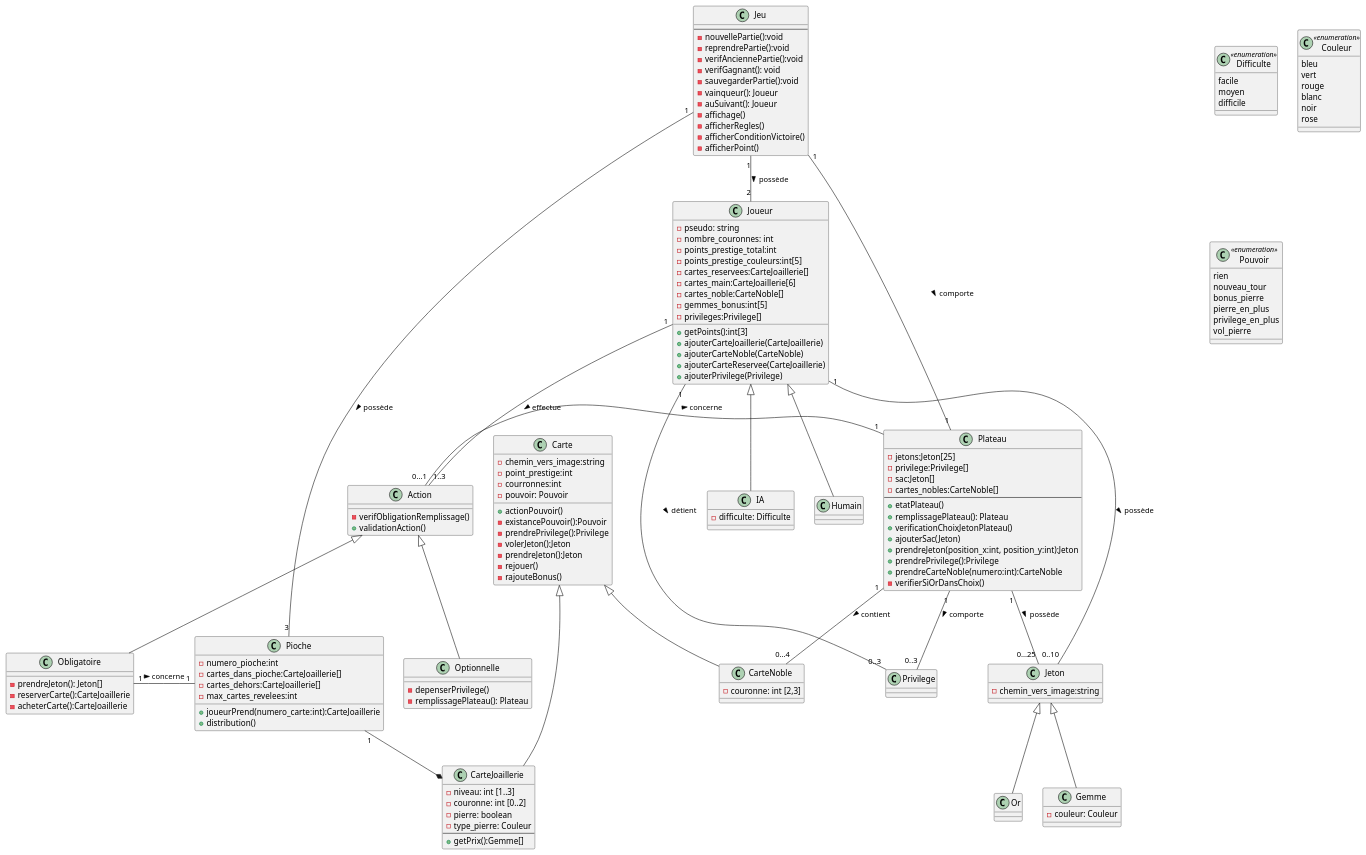
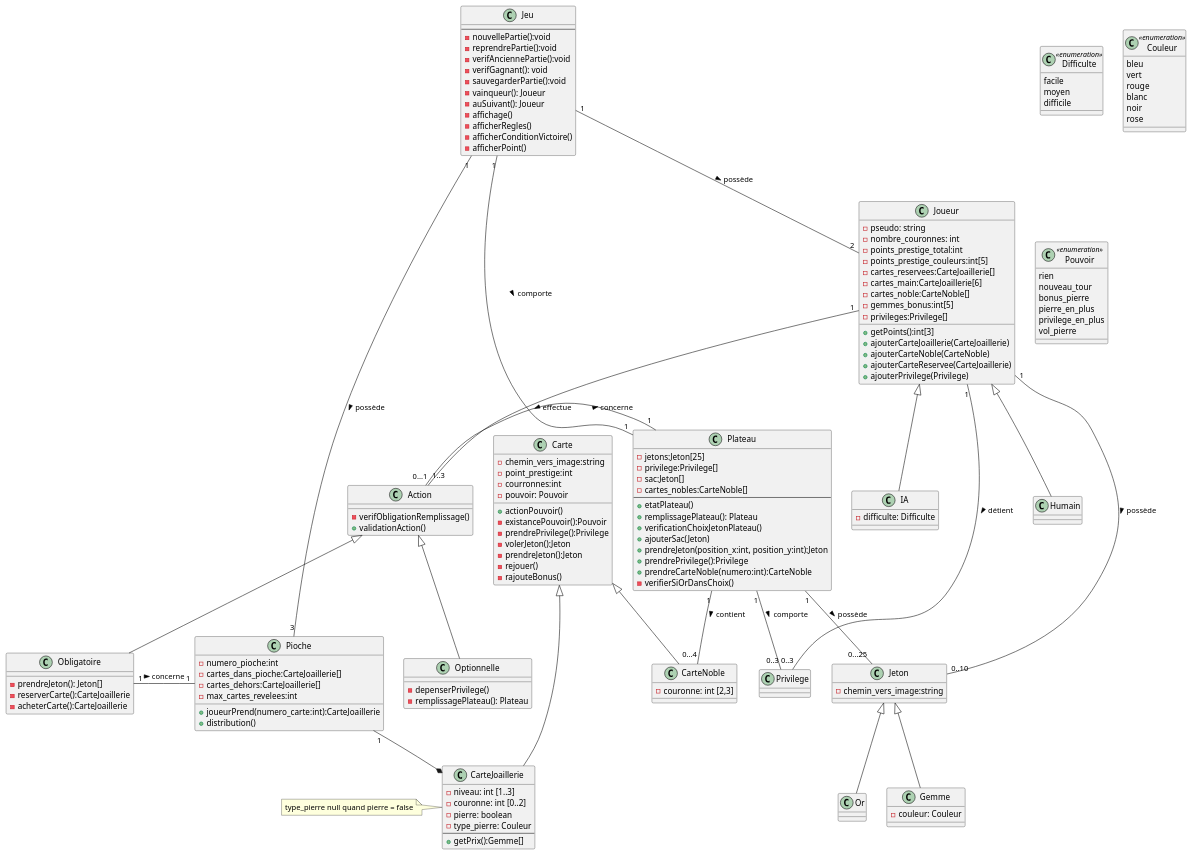
One commit to LaylaLunae/Splendor-duel changed the diagram in SplendorUML.puml. Above: the diagram before and after it, drawn with PlantUML.

```diff
--- a/SplendorUML.puml
+++ b/SplendorUML.puml
@@ -1,184 +1,185 @@
 @startuml
 
 class Jeu {
 --
 - nouvellePartie():void
 - reprendrePartie():void
 - verifAnciennePartie():void
 - verifGagnant(): void
 - sauvegarderPartie():void
 - vainqueur(): Joueur
 - auSuivant(): Joueur
 - affichage()
 - afficherRegles()
 - afficherConditionVictoire()
 - afficherPoint()
 }
 
 
 class Plateau {
 - jetons:Jeton[25]
 - privilege:Privilege[]
 - sac:Jeton[]
 - cartes_nobles:CarteNoble[]
 --
 + etatPlateau()
 + remplissagePlateau(): Plateau
 + verificationChoixJetonPlateau()
 + ajouterSac(Jeton)
 + prendreJeton(position_x:int, position_y:int):Jeton
 + prendrePrivilege():Privilege
 + prendreCarteNoble(numero:int):CarteNoble
 - verifierSiOrDansChoix()
 }
 
 
 
 class Joueur {
 - pseudo: string
 - nombre_couronnes: int
 - points_prestige_total:int
 - points_prestige_couleurs:int[5]
 - cartes_reservees:CarteJoaillerie[]
 - cartes_main:CarteJoaillerie[6]
 - cartes_noble:CarteNoble[]
 - gemmes_bonus:int[5]
 - privileges:Privilege[]
 + getPoints():int[3]
 + ajouterCarteJoaillerie(CarteJoaillerie)
 + ajouterCarteNoble(CarteNoble)
 + ajouterCarteReservee(CarteJoaillerie)
 + ajouterPrivilege(Privilege)
 }
 
 class IA {
 - difficulte: Difficulte
 }
 
 class Difficulte <<enumeration>> {
  facile
  moyen
  difficile
 }
 
 class Jeton {
 - chemin_vers_image:string
 }
 class Privilege {
 }
 class Or {
 }
 class Gemme {
 -couleur: Couleur
 }
 class Couleur <<enumeration>> {
  bleu
  vert
  rouge
  blanc
  noir
  rose
 }
 
 
 class Pioche{
 - numero_pioche:int
 - cartes_dans_pioche:CarteJoaillerie[]
 - cartes_dehors:CarteJoaillerie[]
 - max_cartes_revelees:int
 + joueurPrend(numero_carte:int):CarteJoaillerie
 + distribution()
 }
 class Carte {
 - chemin_vers_image:string
 - point_prestige:int
 - courronnes:int
 - pouvoir: Pouvoir
 + actionPouvoir()
 - existancePouvoir():Pouvoir
 - prendrePrivilege():Privilege
 - volerJeton():Jeton
 - prendreJeton():Jeton
 - rejouer()
 - rajouteBonus()
 }
 
 class CarteNoble {
 -couronne: int [2,3]
 }
 
 class CarteJoaillerie {
 -niveau: int [1..3]
 -couronne: int [0..2]
 -pierre: boolean
 -type_pierre: Couleur
 --
 + getPrix():Gemme[]
 }
+note left: type_pierre null quand pierre = false
 
 
 class Pouvoir <<enumeration>> {
  rien
  nouveau_tour
  bonus_pierre
  pierre_en_plus
  privilege_en_plus
  vol_pierre
 }
 
 
 
 class Action {
 - verifObligationRemplissage()
 + validationAction()
 }
 
 class Optionnelle {
 - depenserPrivilege()
 - remplissagePlateau(): Plateau
 }
 
 class Obligatoire {
 - prendreJeton(): Jeton[]
 - reserverCarte():CarteJoaillerie
 - acheterCarte():CarteJoaillerie
 }
 
 
 
 
 Joueur <|-- IA
 Joueur <|-- Humain
 
 Jeu "1" -- "1" Plateau: comporte >
 Jeu "1" -- "2" Joueur: possède >
 Jeu "1" -- "3" Pioche: possède >
 
 
 Plateau "1" -- "0...25" Jeton: possède >
 Plateau "1"--"0..3" Privilege: comporte >
 Plateau "1"--"0...4" CarteNoble: contient >
 'Plateau "1"-"3" Pioche
 
 Pioche "1"--* CarteJoaillerie
 
 Jeton <|-- Or
 Jeton <|-- Gemme
 
 Joueur "1" -- "0..3" Privilege: détient >
 Joueur "1" -- "0..10" Jeton: possède >
 Joueur "1"-- "1..3" Action: effectue >
 
 Carte <|-- CarteNoble
 Carte <|-- CarteJoaillerie
 '(CarteJoaillerie, Pierre) .. AchatCarte
 
 
 Action <|-- Optionnelle
 Action <|-- Obligatoire
 Action "0...1"-"1" Plateau : concerne >
 Obligatoire "1"-"1" Pioche : concerne >
 
 
 
 @enduml
```
